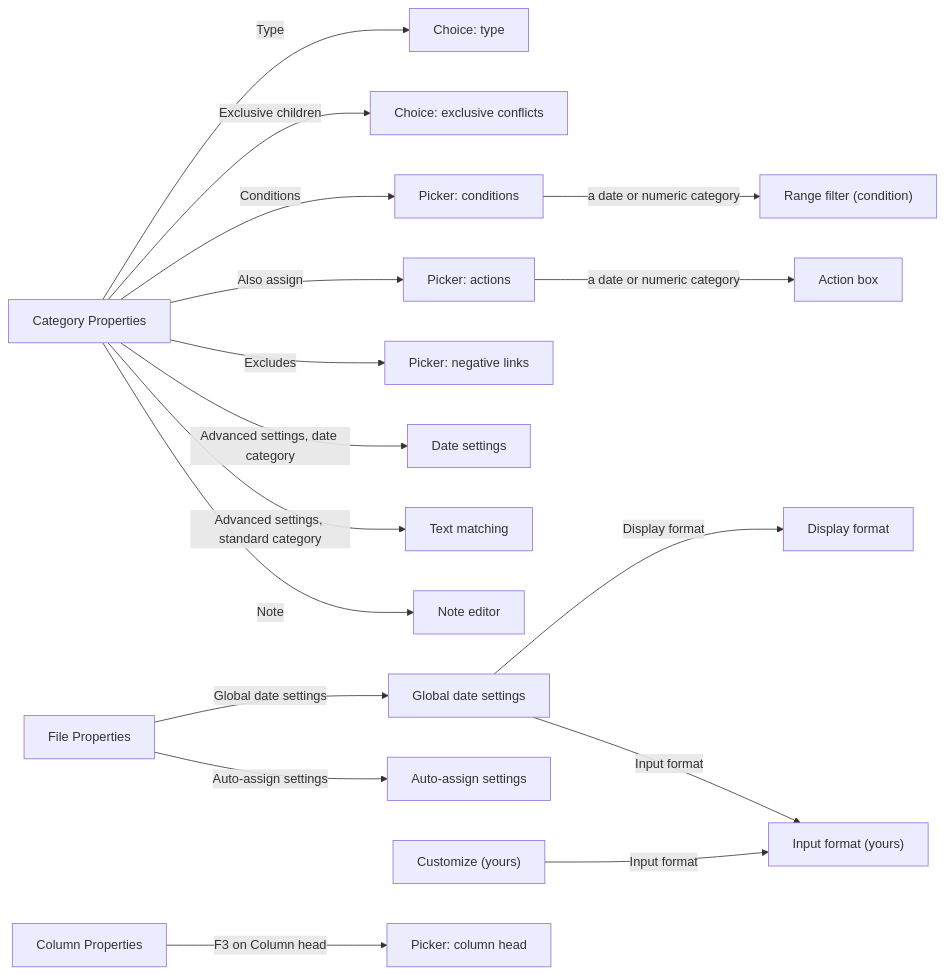
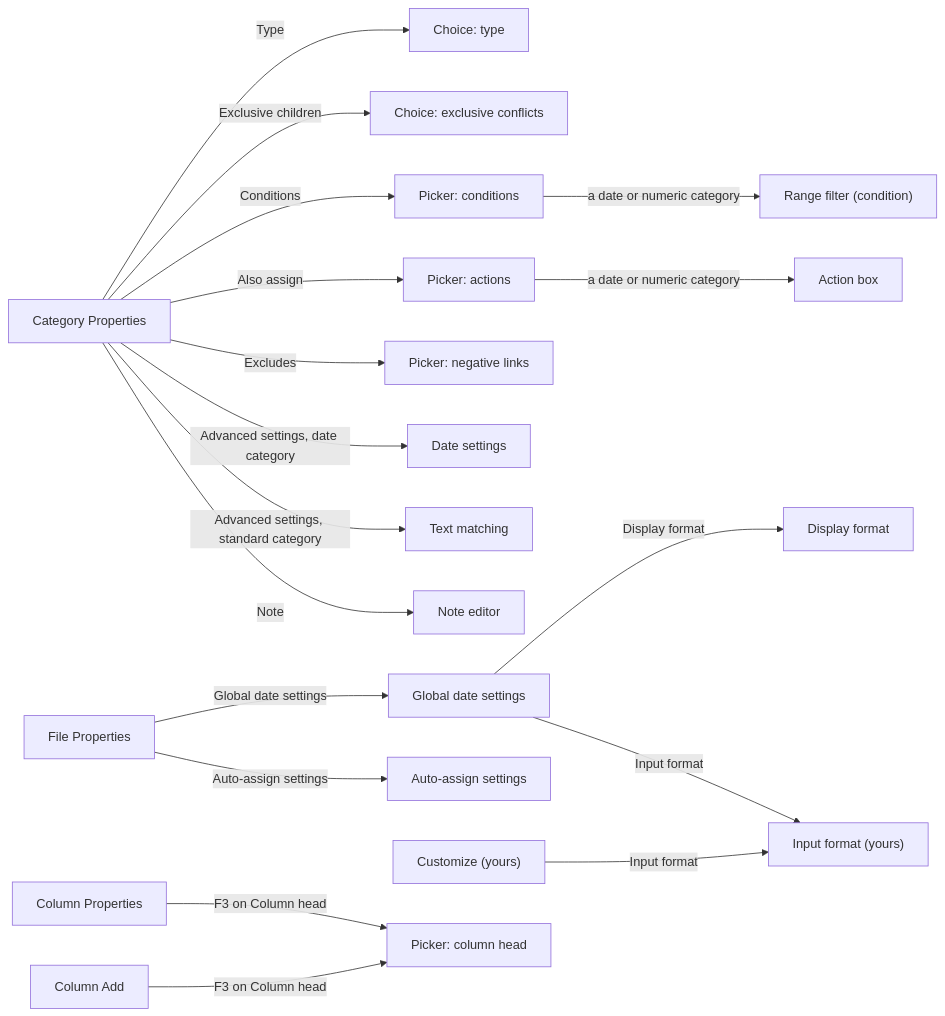
Before and after one commit to jamting/agendum: the second of 2 diagrams in docs/SCREENS.md, drawn with Mermaid. The commit also changed other lines of this file and 17 other files, not shown here.

````diff
--- a/docs/SCREENS.md
+++ b/docs/SCREENS.md
@@ -59,22 +60,23 @@
 ```mermaid
 flowchart LR
     CatProps["Category Properties"]
     CatProps -- "Type" --> TypeChoice["Choice: type"]
     CatProps -- "Exclusive children" --> ExclChoice["Choice: exclusive conflicts"]
     CatProps -- "Conditions" --> CondPicker["Picker: conditions"]
     CondPicker -- "a date or numeric category" --> RangeCond["Range filter (condition)"]
     CatProps -- "Also assign" --> AssignPicker["Picker: actions"]
     AssignPicker -- "a date or numeric category" --> Action["Action box"]
     CatProps -- "Excludes" --> ExclPicker["Picker: negative links"]
     CatProps -- "Advanced settings, date category" --> DateRule["Date settings"]
     CatProps -- "Advanced settings, standard category" --> CatMatch["Text matching"]
     CatProps -- "Note" --> Note["Note editor"]
     FileProps["File Properties"]
     FileProps -- "Global date settings" --> DateSettings["Global date settings"]
     DateSettings -- "Display format" --> DisplayFormat["Display format"]
     DateSettings -- "Input format" --> InputFormat["Input format (yours)"]
     FileProps -- "Auto-assign settings" --> AutoAssign["Auto-assign settings"]
     Customize["Customize (yours)"] -- "Input format" --> InputFormat
     ColProps["Column Properties"]
     ColProps -- "F3 on Column head" --> ColHead["Picker: column head"]
+    ColAdd["Column Add"] -- "F3 on Column head" --> ColHead
 ```
````
